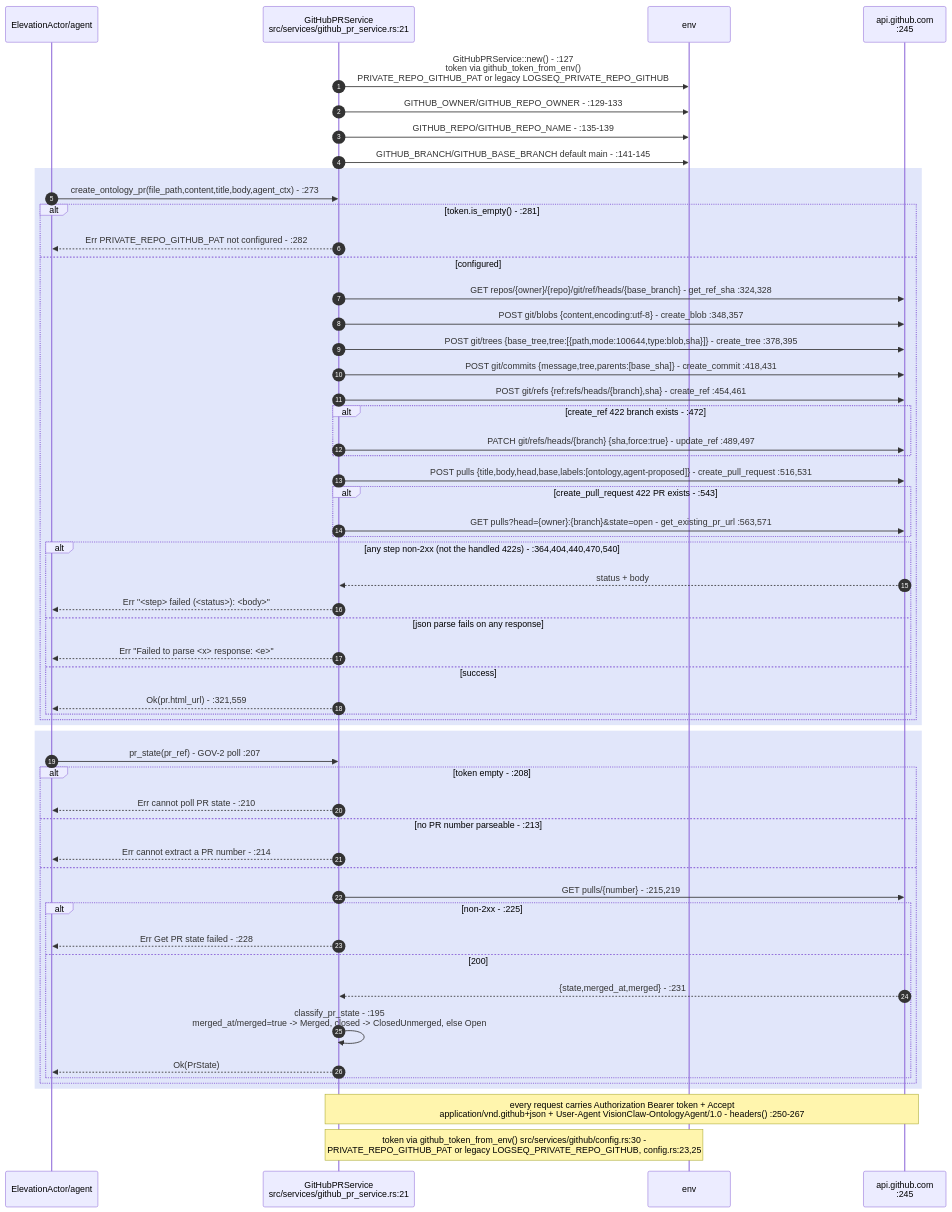
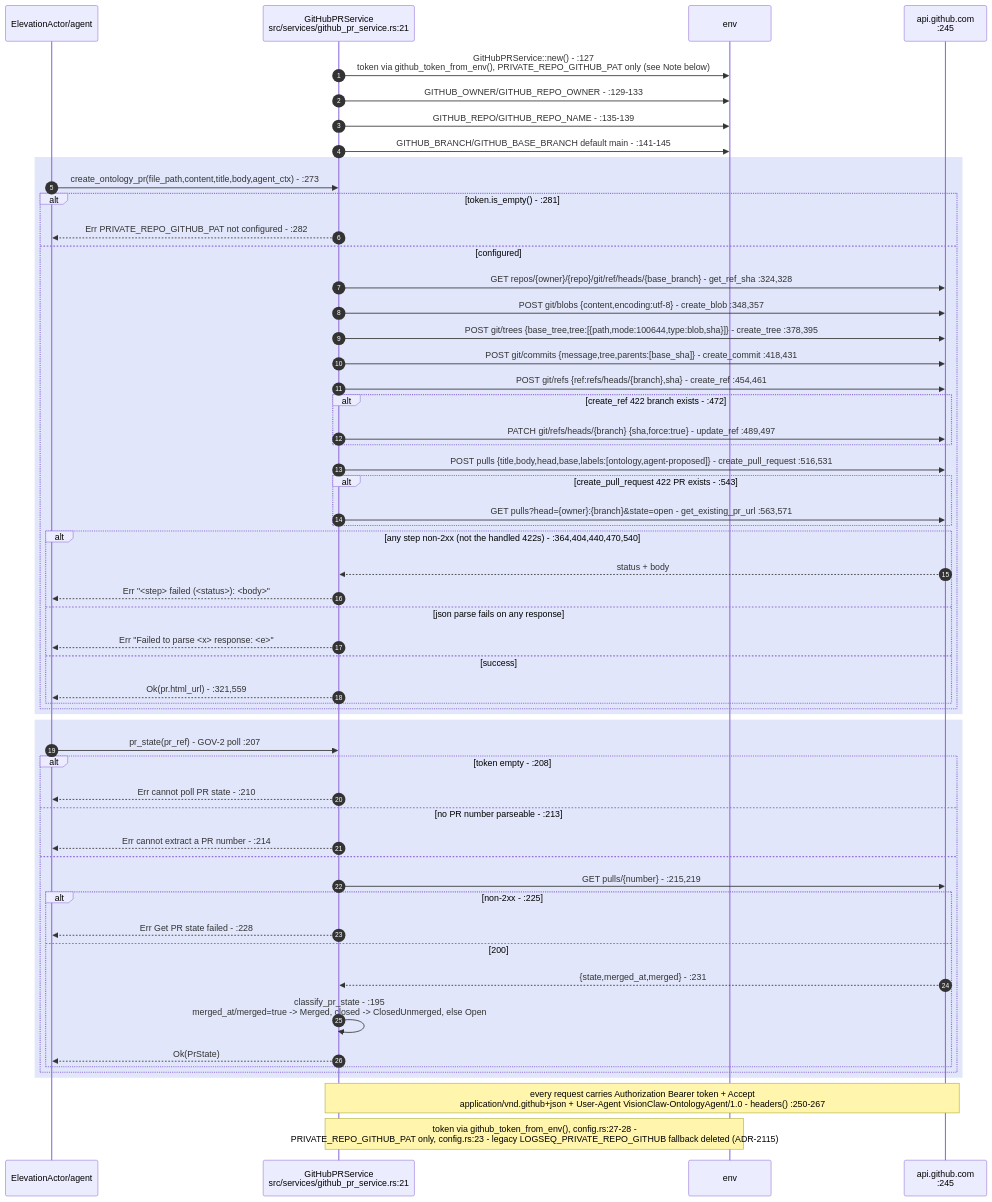
One commit to DreamLab-AI/VisionFlow changed the sixth of 8 diagrams in docs/diagrams/visionclaw/28-external-services.md. Above: the diagram before and after it, drawn with Mermaid. The commit also changed other lines of this file and 136 other files, not shown here.

First line of the commit message:
docs(diagrams): refresh the whole corpus to code HEAD and prune low-value diagrams

````diff
--- a/docs/diagrams/visionclaw/28-external-services.md
+++ b/docs/diagrams/visionclaw/28-external-services.md
@@ -276,61 +271,61 @@
 ```mermaid
 sequenceDiagram
     autonumber
     participant Caller as ElevationActor/agent
     participant GH as GitHubPRService<br/>src/services/github_pr_service.rs:21
     participant ENV as env
     participant API as api.github.com<br/>:245
 
-    GH->>ENV: GitHubPRService::new() - :127<br/>token via github_token_from_env()<br/>PRIVATE_REPO_GITHUB_PAT or legacy LOGSEQ_PRIVATE_REPO_GITHUB
+    GH->>ENV: GitHubPRService::new() - :127<br/>token via github_token_from_env(), PRIVATE_REPO_GITHUB_PAT only (see Note below)
     GH->>ENV: GITHUB_OWNER/GITHUB_REPO_OWNER - :129-133
     GH->>ENV: GITHUB_REPO/GITHUB_REPO_NAME - :135-139
     GH->>ENV: GITHUB_BRANCH/GITHUB_BASE_BRANCH default main - :141-145
 
     rect rgb(225,230,250)
     Caller->>GH: create_ontology_pr(file_path,content,title,body,agent_ctx) - :273
     alt token.is_empty() - :281
         GH-->>Caller: Err PRIVATE_REPO_GITHUB_PAT not configured - :282
     else configured
         GH->>API: GET repos/{owner}/{repo}/git/ref/heads/{base_branch} - get_ref_sha :324,328
         GH->>API: POST git/blobs {content,encoding:utf-8} - create_blob :348,357
         GH->>API: POST git/trees {base_tree,tree:[{path,mode:100644,type:blob,sha}]} - create_tree :378,395
         GH->>API: POST git/commits {message,tree,parents:[base_sha]} - create_commit :418,431
         GH->>API: POST git/refs {ref:refs/heads/{branch},sha} - create_ref :454,461
         alt create_ref 422 branch exists - :472
             GH->>API: PATCH git/refs/heads/{branch} {sha,force:true} - update_ref :489,497
         end
         GH->>API: POST pulls {title,body,head,base,labels:[ontology,agent-proposed]} - create_pull_request :516,531
         alt create_pull_request 422 PR exists - :543
             GH->>API: GET pulls?head={owner}:{branch}&state=open - get_existing_pr_url :563,571
         end
         alt any step non-2xx (not the handled 422s) - :364,404,440,470,540
             API-->>GH: status + body
             GH-->>Caller: Err "<step> failed (<status>): <body>"
         else json parse fails on any response
             GH-->>Caller: Err "Failed to parse <x> response: <e>"
         else success
             GH-->>Caller: Ok(pr.html_url) - :321,559
         end
     end
     end
 
     rect rgb(225,230,250)
     Caller->>GH: pr_state(pr_ref) - GOV-2 poll :207
     alt token empty - :208
         GH-->>Caller: Err cannot poll PR state - :210
     else no PR number parseable - :213
         GH-->>Caller: Err cannot extract a PR number - :214
     else
         GH->>API: GET pulls/{number} - :215,219
         alt non-2xx - :225
             GH-->>Caller: Err Get PR state failed - :228
         else 200
             API-->>GH: {state,merged_at,merged} - :231
             GH->>GH: classify_pr_state - :195<br/>merged_at/merged=true -> Merged, closed -> ClosedUnmerged, else Open
             GH-->>Caller: Ok(PrState)
         end
     end
     end
     Note over GH,API: every request carries Authorization Bearer token + Accept<br/>application/vnd.github+json + User-Agent VisionClaw-OntologyAgent/1.0 - headers() :250-267
-    Note over GH,ENV: token via github_token_from_env() src/services/github/config.rs:30 -<br/>PRIVATE_REPO_GITHUB_PAT or legacy LOGSEQ_PRIVATE_REPO_GITHUB, config.rs:23,25
+    Note over GH,ENV: token via github_token_from_env(), config.rs:27-28 -<br/>PRIVATE_REPO_GITHUB_PAT only, config.rs:23 - legacy LOGSEQ_PRIVATE_REPO_GITHUB fallback deleted (ADR-2115)
 ```
````
